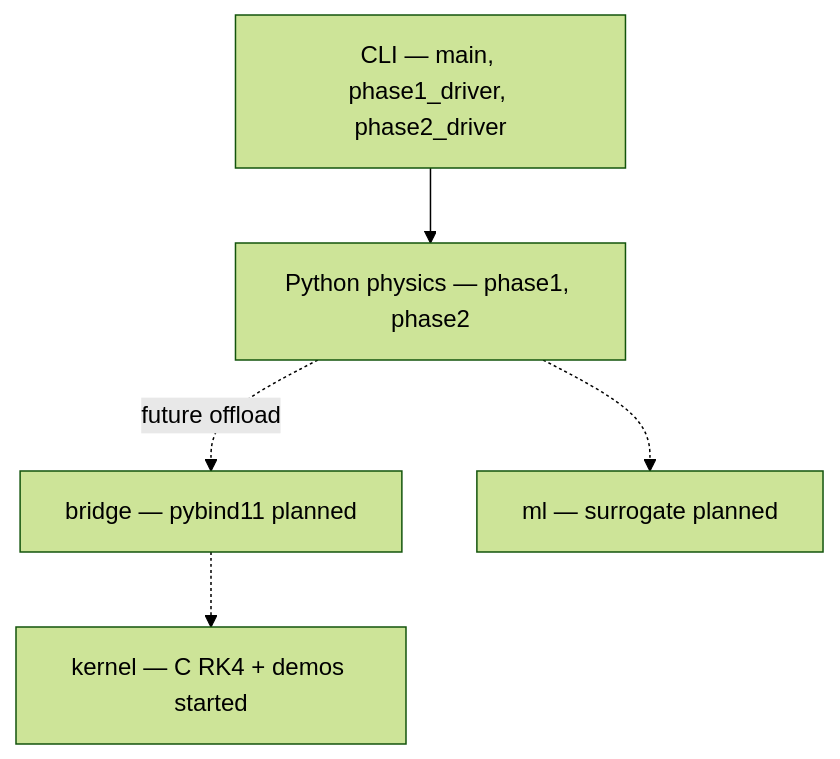
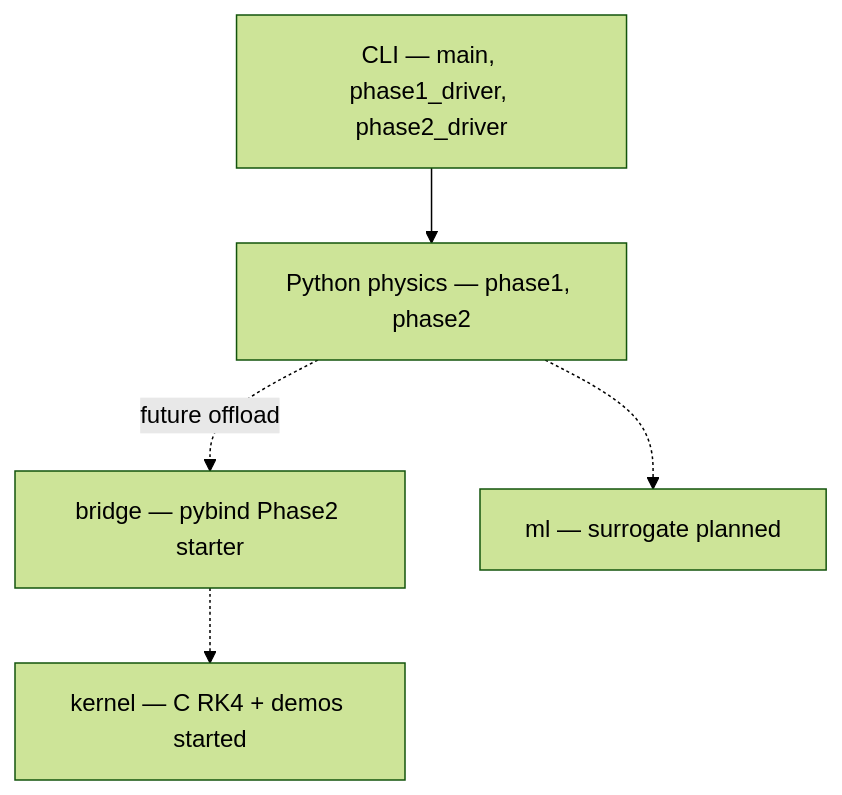
Before and after one commit to gabegaines24/Black-Hole-Ray-Tracer: the diagram in docs/OVERVIEW.md, drawn with Mermaid (forest theme). The commit also changed other lines of this file, not shown here.

Commit message:
docs(overview): record bridge milestone and native phase2 paths

````diff
--- a/docs/OVERVIEW.md
+++ b/docs/OVERVIEW.md
@@ -30,13 +31,13 @@
 ```mermaid
 flowchart TB
   cli["CLI — main, phase1_driver, phase2_driver"]
   pyproto["Python physics — phase1, phase2"]
-  bridge["bridge — pybind11 planned"]
+  bridge["bridge — pybind Phase2 starter"]
   kernel["kernel — C RK4 + demos started"]
   ml["ml — surrogate planned"]
 
   cli --> pyproto
   pyproto -.->|"future offload"| bridge
   bridge -.-> kernel
   pyproto -.-> ml
 ```
````
